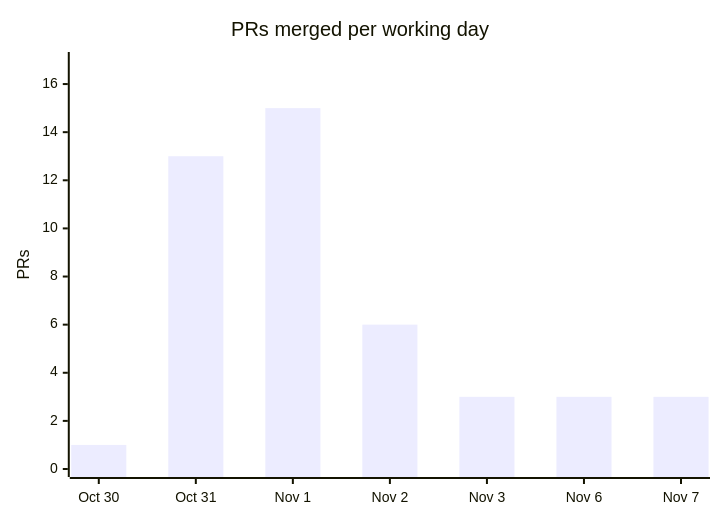
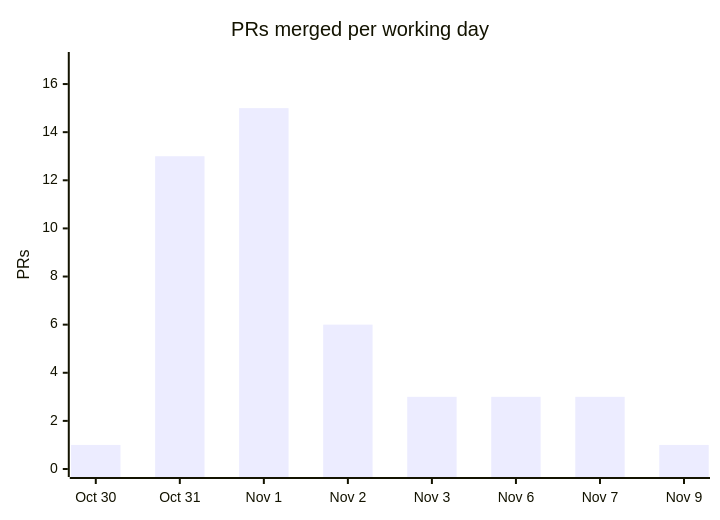
Before and after one commit to cmprssd/nfsh: the fourth of 4 diagrams in docs/OVERVIEW.md, drawn with Mermaid. The commit also changed other lines of this file and 20 other files, not shown here.

````diff
--- a/docs/OVERVIEW.md
+++ b/docs/OVERVIEW.md
@@ -139,7 +139,7 @@
 ```mermaid
 xychart-beta
     title "PRs merged per working day"
-    x-axis ["Oct 30", "Oct 31", "Nov 1", "Nov 2", "Nov 3", "Nov 6", "Nov 7"]
+    x-axis ["Oct 30", "Oct 31", "Nov 1", "Nov 2", "Nov 3", "Nov 6", "Nov 7", "Nov 9"]
     y-axis "PRs" 0 --> 17
-    bar [1, 13, 15, 6, 3, 3, 3]
+    bar [1, 13, 15, 6, 3, 3, 3, 1]
 ```
````
